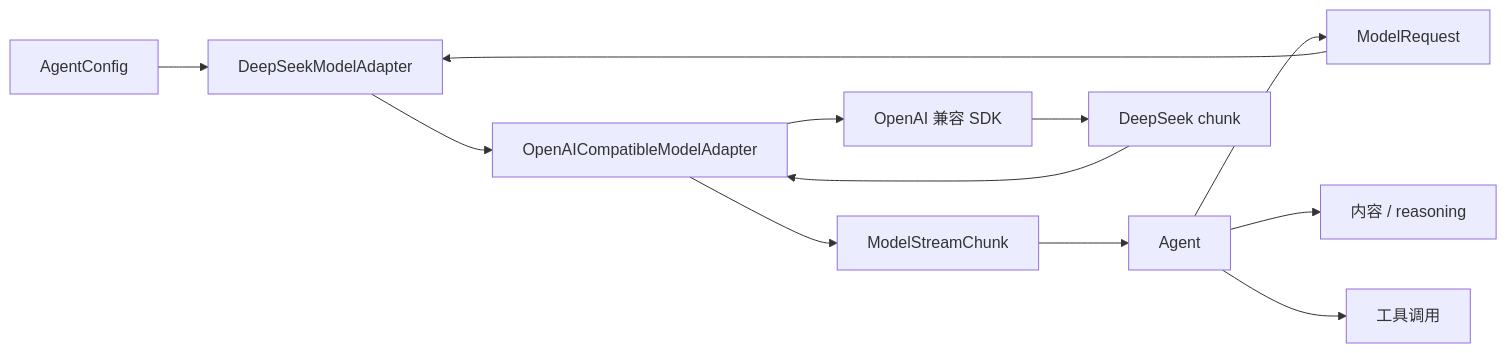
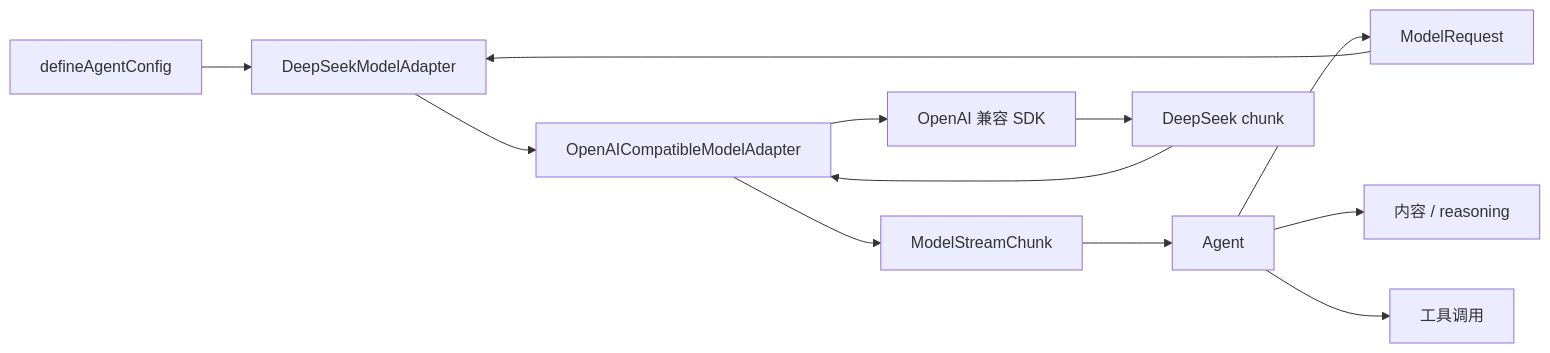
The diagram in docs/learning/model-adapter.md (AlbertE1990/crafteHarness), drawn with Mermaid before and after one commit. The commit also changed other lines of this file and 98 other files, not shown here.

````diff
--- a/docs/learning/model-adapter.md
+++ b/docs/learning/model-adapter.md
@@ -19,14 +19,14 @@
 ```mermaid
 flowchart LR
-  Config[AgentConfig] --> DeepSeek[DeepSeekModelAdapter]
+  Config[defineAgentConfig] --> DeepSeek[DeepSeekModelAdapter]
   Agent[Agent] --> Request[ModelRequest]
   Request --> DeepSeek
   DeepSeek --> Compatible[OpenAICompatibleModelAdapter]
   Compatible --> SDK[OpenAI 兼容 SDK]
   SDK --> Raw[DeepSeek chunk]
   Raw --> Compatible
   Compatible --> Standard[ModelStreamChunk]
   Standard --> Agent
   Agent --> SSE[内容 / reasoning]
   Agent --> Harness[工具调用]
 ```
````
